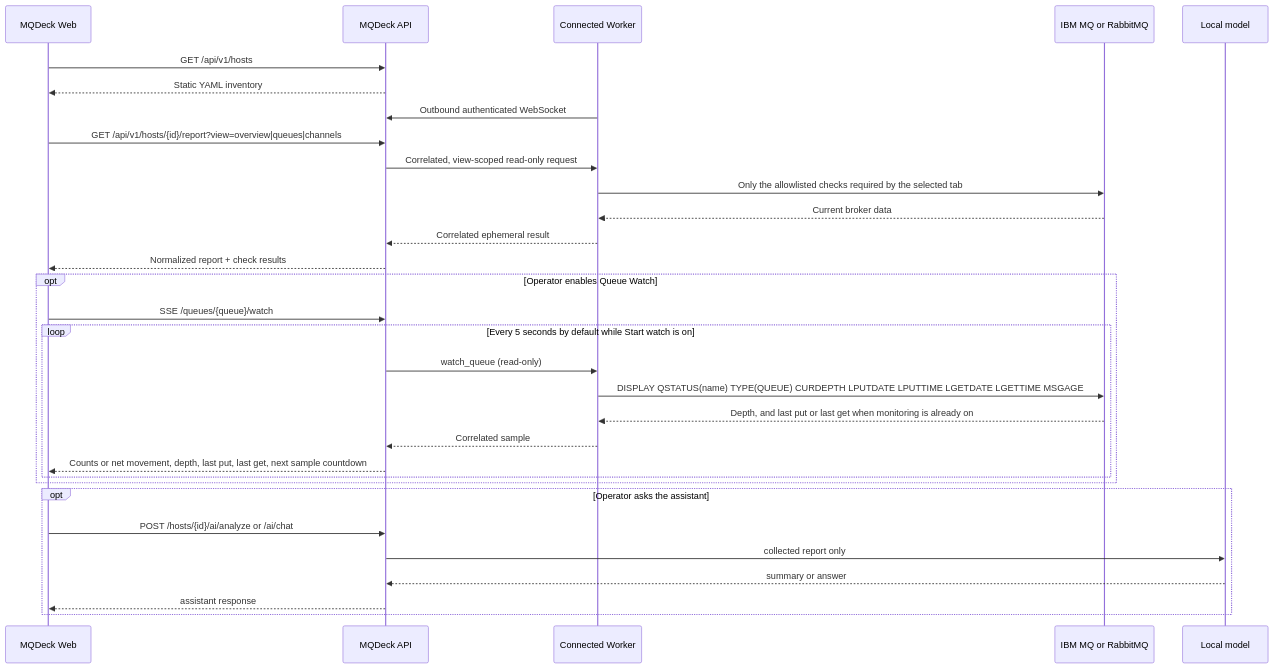
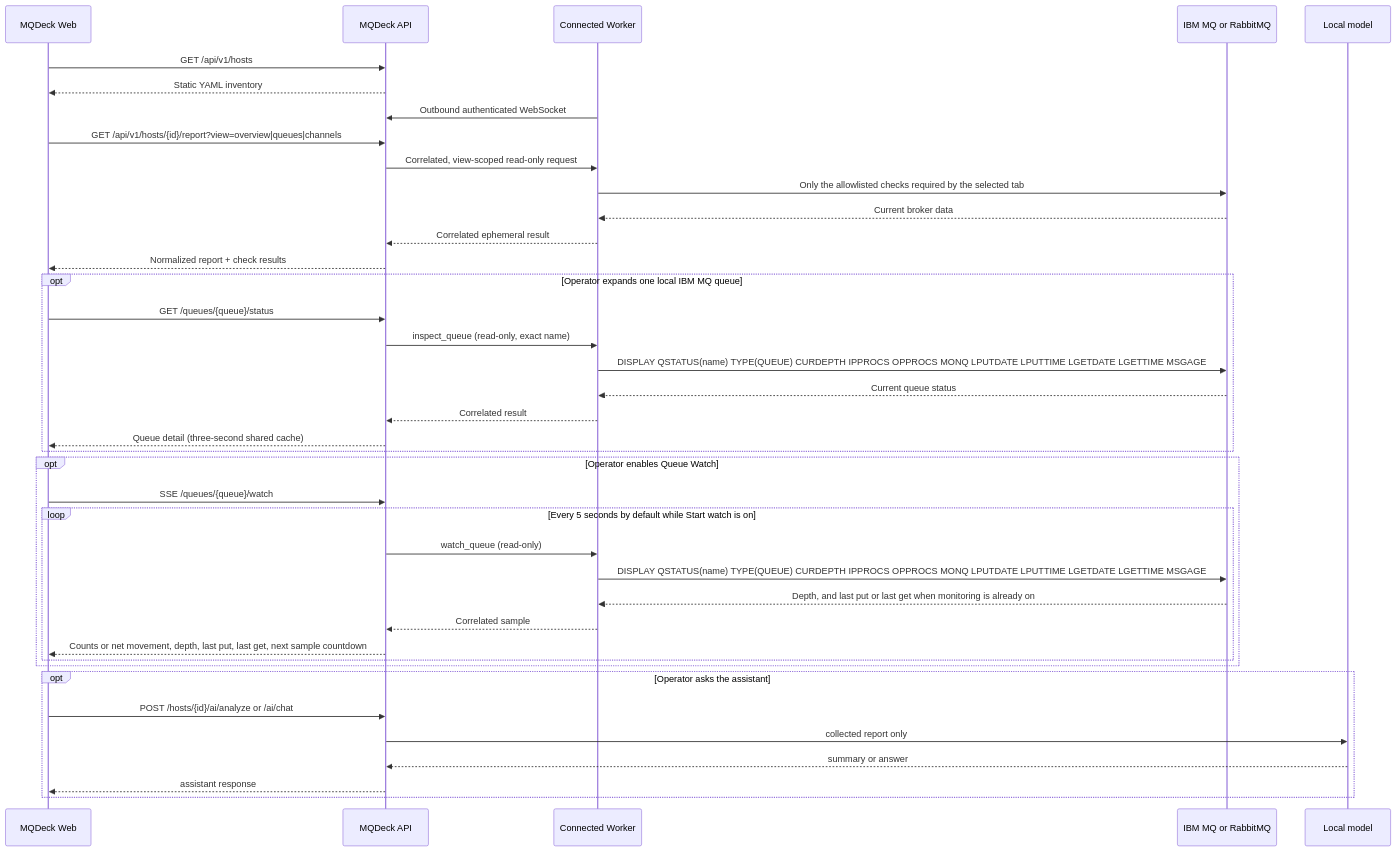
The diagram in docs/on-demand-architecture.md (mqdeck/mqdeck), drawn with Mermaid before and after one commit. The commit also changed other lines of this file and 4 other files, not shown here.

Commit message:
Document scoped IBM MQ queue activity collection

````diff
--- a/docs/on-demand-architecture.md
+++ b/docs/on-demand-architecture.md
@@ -20,34 +20,42 @@
 ```mermaid
 sequenceDiagram
     participant UI as MQDeck Web
     participant API as MQDeck API
     participant A as Connected Worker
     participant MQ as IBM MQ or RabbitMQ
     participant Model as Local model
 
     UI->>API: GET /api/v1/hosts
     API-->>UI: Static YAML inventory
     A->>API: Outbound authenticated WebSocket
     UI->>API: GET /api/v1/hosts/{id}/report?view=overview|queues|channels
     API->>A: Correlated, view-scoped read-only request
     A->>MQ: Only the allowlisted checks required by the selected tab
     MQ-->>A: Current broker data
     A-->>API: Correlated ephemeral result
     API-->>UI: Normalized report + check results
+    opt Operator expands one local IBM MQ queue
+        UI->>API: GET /queues/{queue}/status
+        API->>A: inspect_queue (read-only, exact name)
+        A->>MQ: DISPLAY QSTATUS(name) TYPE(QUEUE) CURDEPTH IPPROCS OPPROCS MONQ LPUTDATE LPUTTIME LGETDATE LGETTIME MSGAGE
+        MQ-->>A: Current queue status
+        A-->>API: Correlated result
+        API-->>UI: Queue detail (three-second shared cache)
+    end
     opt Operator enables Queue Watch
         UI->>API: SSE /queues/{queue}/watch
         loop Every 5 seconds by default while Start watch is on
             API->>A: watch_queue (read-only)
-            A->>MQ: DISPLAY QSTATUS(name) TYPE(QUEUE) CURDEPTH LPUTDATE LPUTTIME LGETDATE LGETTIME MSGAGE
+            A->>MQ: DISPLAY QSTATUS(name) TYPE(QUEUE) CURDEPTH IPPROCS OPPROCS MONQ LPUTDATE LPUTTIME LGETDATE LGETTIME MSGAGE
             MQ-->>A: Depth, and last put or last get when monitoring is already on
             A-->>API: Correlated sample
             API-->>UI: Counts or net movement, depth, last put, last get, next sample countdown
         end
     end
     opt Operator asks the assistant
         UI->>API: POST /hosts/{id}/ai/analyze or /ai/chat
         API->>Model: collected report only
         Model-->>API: summary or answer
         API-->>UI: assistant response
     end
 ```
````
